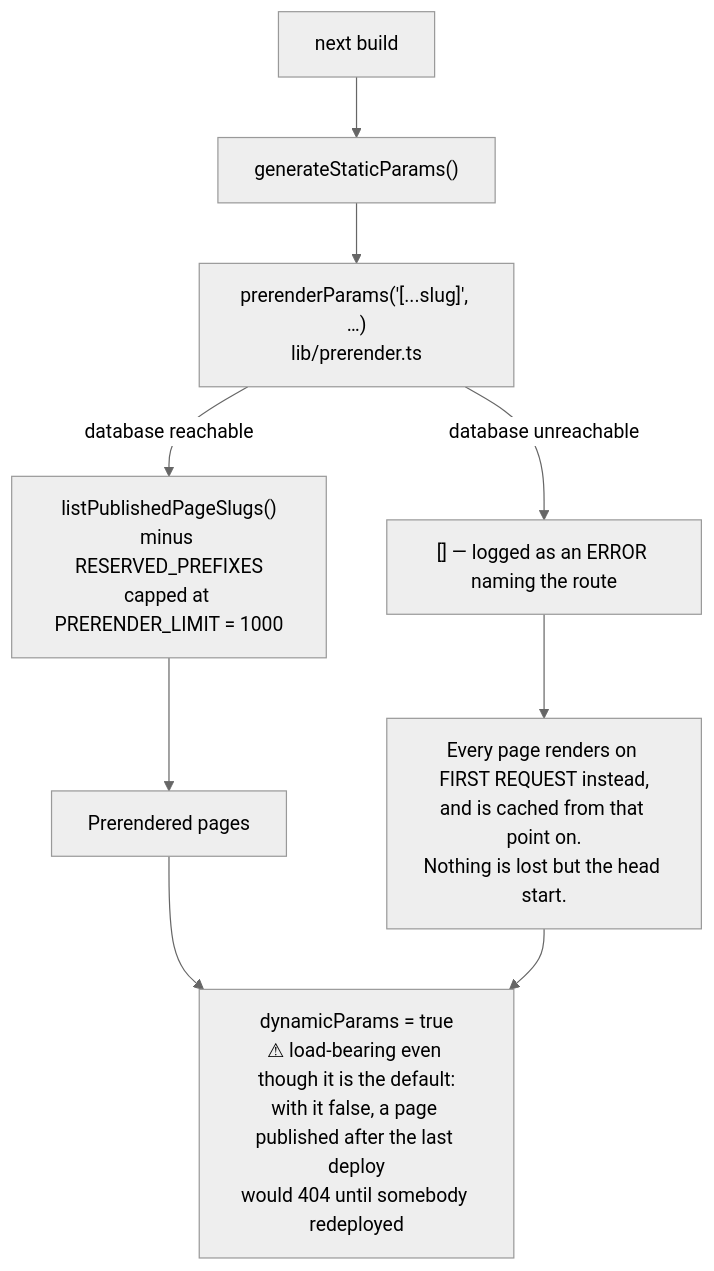
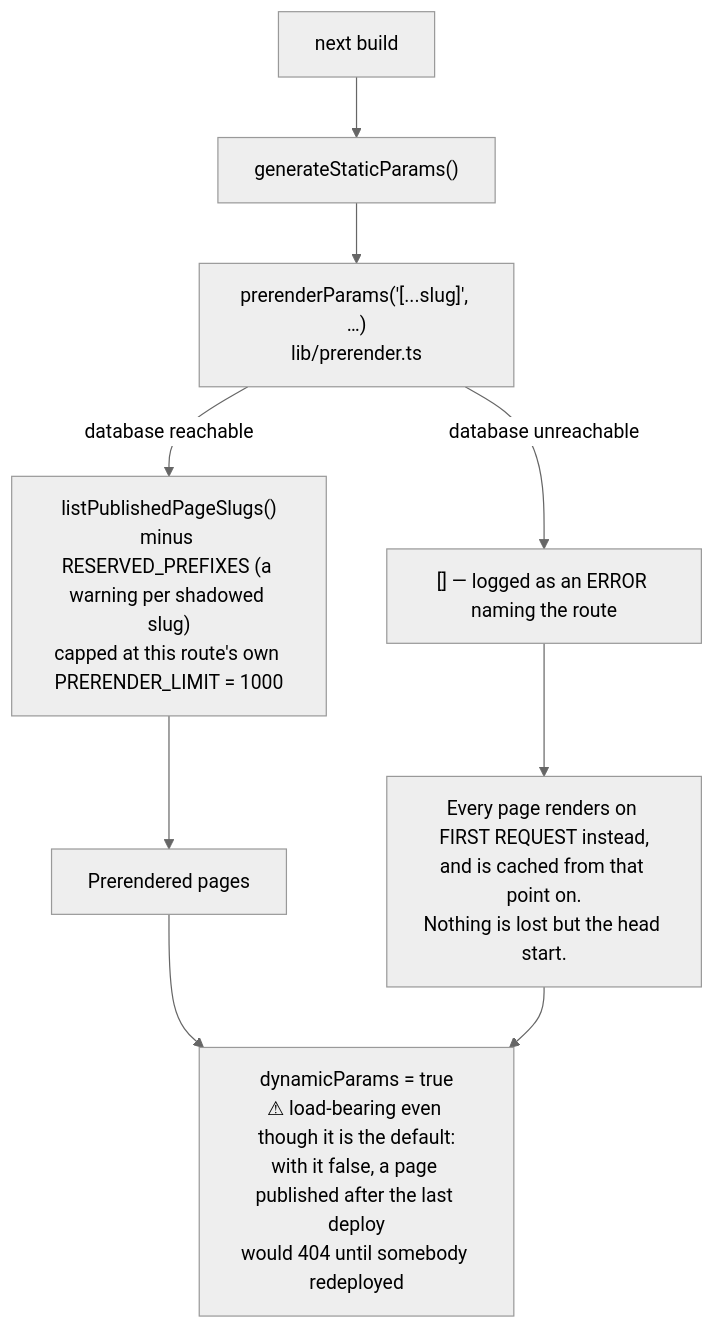
The third of 9 diagrams in docs/REQUEST-LIFECYCLE.md (cxacraftecosystem-ui/cxa-cms), drawn with Mermaid (neutral theme) before and after one commit. The commit also changed other lines of this file and 17 other files, not shown here.

````diff
--- a/docs/REQUEST-LIFECYCLE.md
+++ b/docs/REQUEST-LIFECYCLE.md
@@ -74,11 +74,11 @@
 ```mermaid
 flowchart TB
     build["next build"] --> gsp["generateStaticParams()"]
     gsp --> pp["prerenderParams('[...slug]', …)<br/>lib/prerender.ts"]
-    pp -->|"database reachable"| list["listPublishedPageSlugs()<br/>minus RESERVED_PREFIXES<br/>capped at PRERENDER_LIMIT = 1000"]
+    pp -->|"database reachable"| list["listPublishedPageSlugs()<br/>minus RESERVED_PREFIXES (a warning per shadowed slug)<br/>capped at this route's own PRERENDER_LIMIT = 1000"]
     pp -->|"database unreachable"| empty["[] — logged as an ERROR naming the route"]
     list --> pages["Prerendered pages"]
     empty --> ondemand["Every page renders on FIRST REQUEST instead,<br/>and is cached from that point on.<br/>Nothing is lost but the head start."]
     pages --> dp["dynamicParams = true<br/>⚠ load-bearing even though it is the default:<br/>with it false, a page published after the last deploy<br/>would 404 until somebody redeployed"]
     ondemand --> dp
 ```
````
